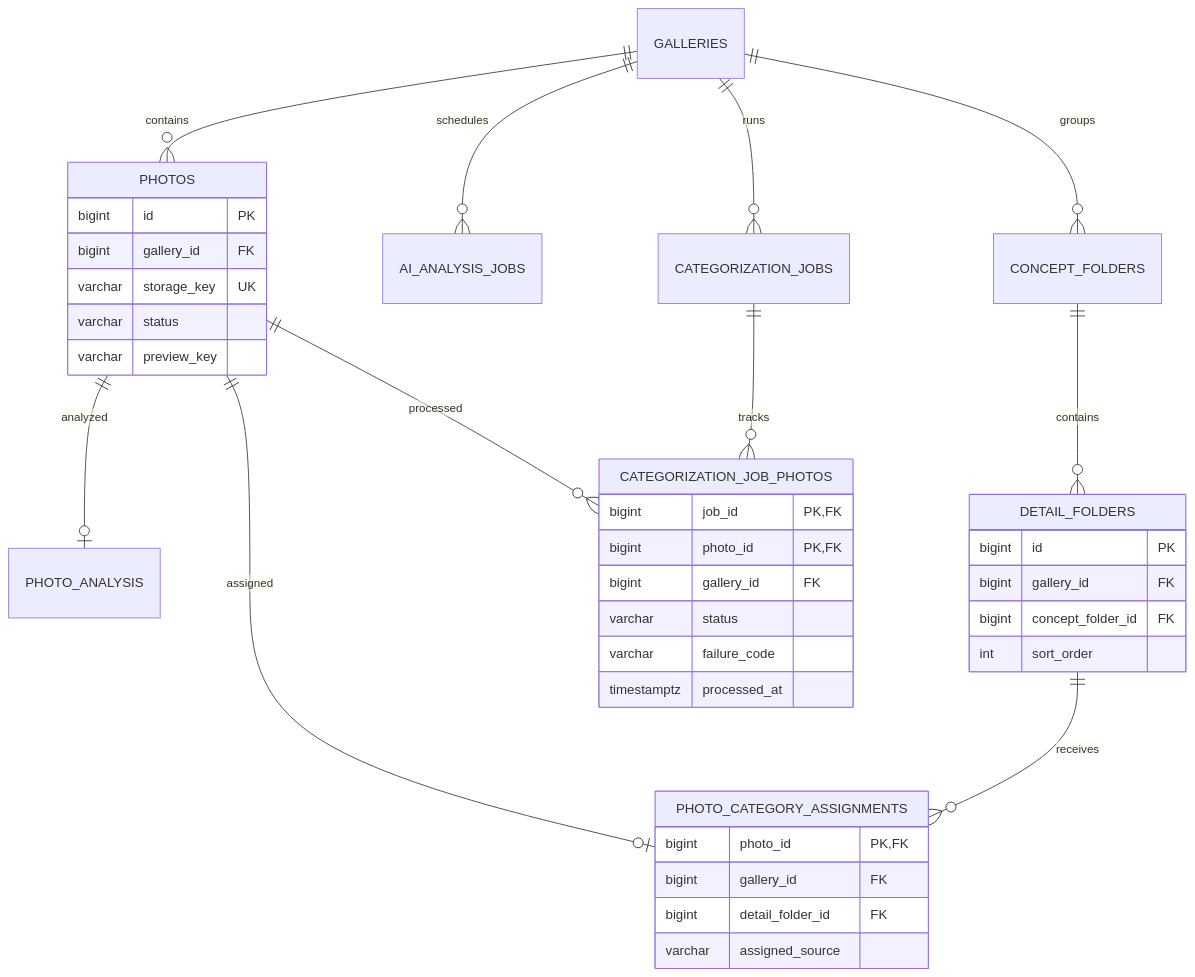
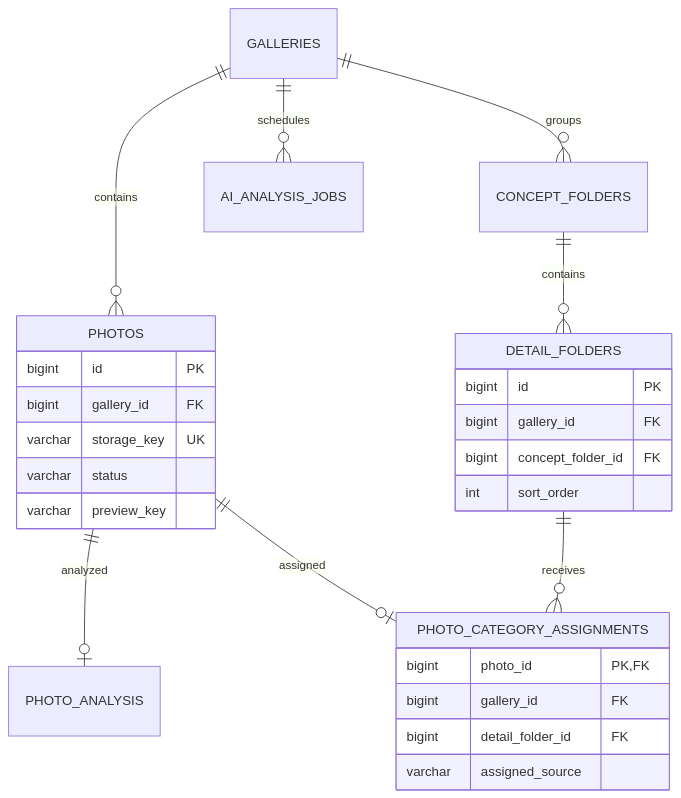
Before and after one commit to organic-agent/WES-DOCS: the diagram in docs/data-model/photo-ai-category.md, drawn with Mermaid. The commit also changed other lines of this file and 2 other files, not shown here.

Commit message:
fix: 문서 검증이 멀티모듈 서버의 마이그레이션을 읽고 지운 표를 ERD에서 뺌
- 서버 멀티모듈(#309) 뒤 마이그레이션이 wes-api로 옮겨 --server 검증이 경로 없음으로 멈춰 새 경로를 먼저 찾게 함(옛 체크아웃은 루트 src/)
- 검증이 다시 돌자 V17·V22에서 지운 categorization_jobs·categorization_job_photos·ai_pair_verdicts가 ERD에 남은 것이 드러나 지움

````diff
--- a/docs/data-model/photo-ai-category.md
+++ b/docs/data-model/photo-ai-category.md
@@ -22,41 +21,30 @@
 ```mermaid
 erDiagram
     GALLERIES ||--o{ PHOTOS : contains
     PHOTOS ||--o| PHOTO_ANALYSIS : analyzed
     GALLERIES ||--o{ AI_ANALYSIS_JOBS : schedules
     GALLERIES ||--o{ CONCEPT_FOLDERS : groups
     CONCEPT_FOLDERS ||--o{ DETAIL_FOLDERS : contains
     DETAIL_FOLDERS ||--o{ PHOTO_CATEGORY_ASSIGNMENTS : receives
     PHOTOS ||--o| PHOTO_CATEGORY_ASSIGNMENTS : assigned
-    GALLERIES ||--o{ CATEGORIZATION_JOBS : runs
-    CATEGORIZATION_JOBS ||--o{ CATEGORIZATION_JOB_PHOTOS : tracks
-    PHOTOS ||--o{ CATEGORIZATION_JOB_PHOTOS : processed
 
     PHOTOS {
       bigint id PK
       bigint gallery_id FK
       varchar storage_key UK
       varchar status
       varchar preview_key
     }
     DETAIL_FOLDERS {
       bigint id PK
       bigint gallery_id FK
       bigint concept_folder_id FK
       int sort_order
     }
     PHOTO_CATEGORY_ASSIGNMENTS {
       bigint photo_id PK,FK
       bigint gallery_id FK
       bigint detail_folder_id FK
       varchar assigned_source
     }
-    CATEGORIZATION_JOB_PHOTOS {
-      bigint job_id PK,FK
-      bigint photo_id PK,FK
-      bigint gallery_id FK
-      varchar status
-      varchar failure_code
-      timestamptz processed_at
-    }
 ```
````
